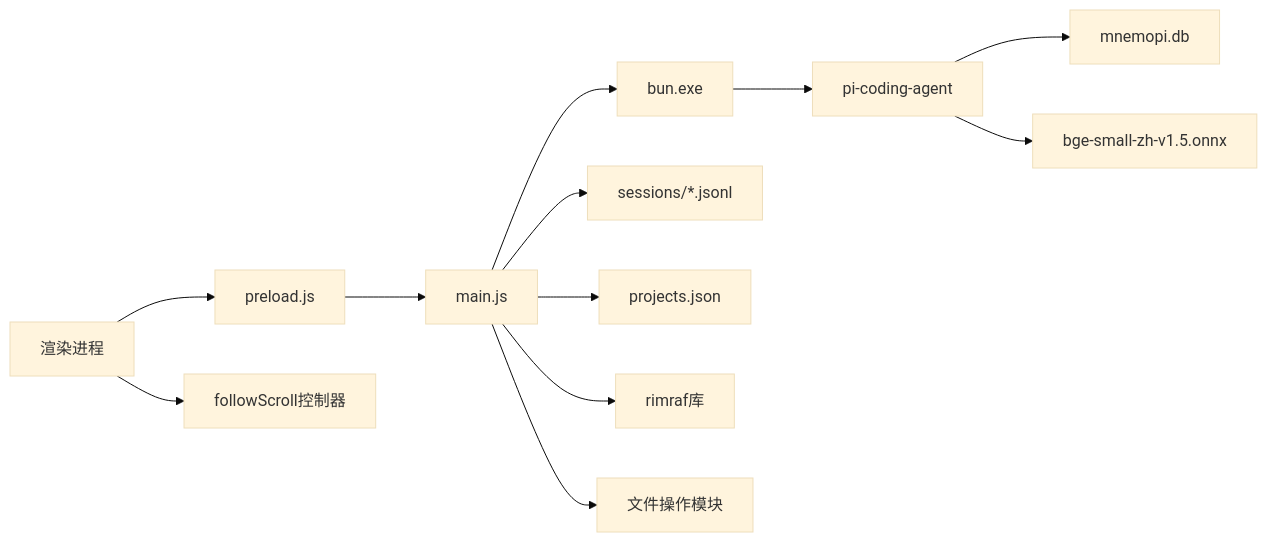
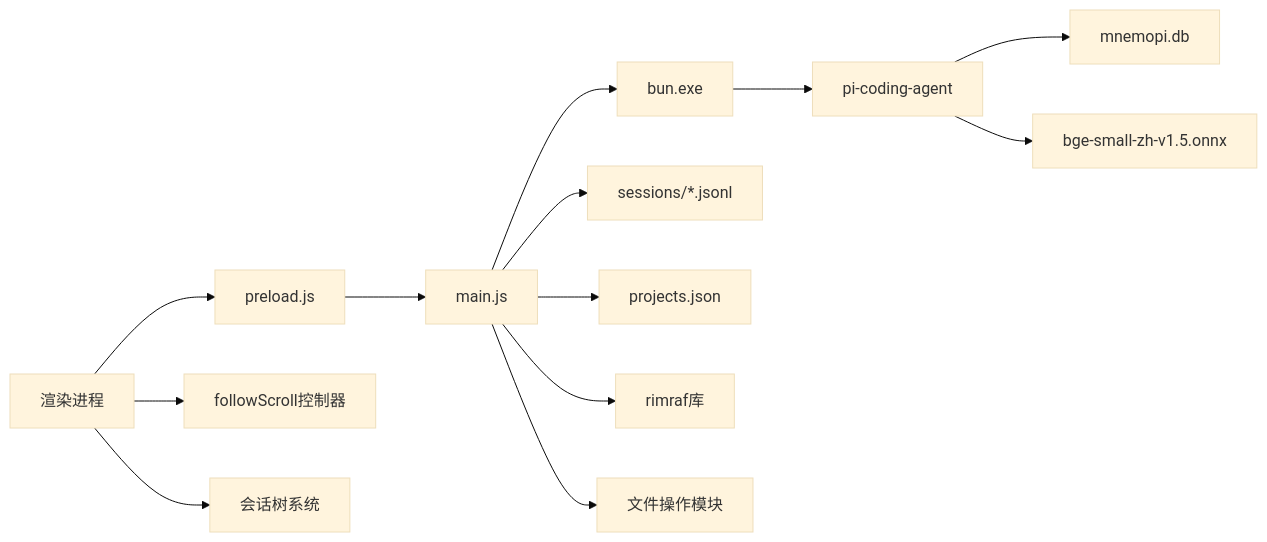
Before and after one commit to swond-Mao/Tiffa: diagram 11 of 11 in .qoder/repowiki/zh/content/核心架构/会话管理与上下文恢复.md, drawn with Mermaid (base theme). The commit also changed other lines of this file and 17 other files, not shown here.

````diff
--- a/.qoder/repowiki/zh/content/核心架构/会话管理与上下文恢复.md
+++ b/.qoder/repowiki/zh/content/核心架构/会话管理与上下文恢复.md
@@ -393,14 +442,15 @@
 ```mermaid
 graph LR
 Renderer["渲染进程"] --> Preload["preload.js"]
 Preload --> Main["main.js"]
 Main --> Bun["bun.exe"]
 Bun --> CLI["pi-coding-agent"]
 Main --> Sessions["sessions/*.jsonl"]
 Main --> Projects["projects.json"]
 CLI --> MemoryDB["mnemopi.db"]
 CLI --> Embedding["bge-small-zh-v1.5.onnx"]
 Renderer --> ScrollController["followScroll控制器"]
 Main --> RetryLib["rimraf库"]
 Main --> FileOps["文件操作模块"]
+Renderer --> SessionTree["会话树系统"]
 ```
````
